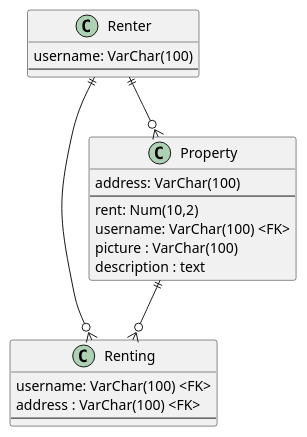
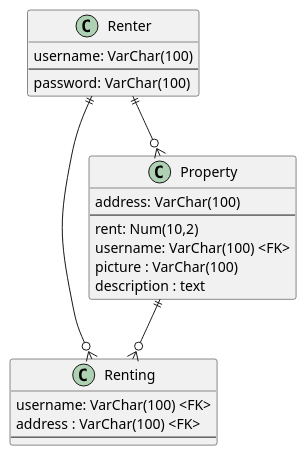
Before and after one commit to TheFifthNinja/PropertySleeze: the diagram in sql/ERD.puml, drawn with PlantUML. The commit also changed 8 other files, not shown here.

```diff
--- a/sql/ERD.puml
+++ b/sql/ERD.puml
@@ -1,27 +1,28 @@
 @startuml
 
 class Renting{
     username: VarChar(100) <FK>
     address : VarChar(100) <FK>
     --
 }
 
 class Property{
  address: VarChar(100)
  --
  rent: Num(10,2)
  username: VarChar(100) <FK>
  picture : VarChar(100)
  description : text
 }
 
 class Renter{
  username: VarChar(100)
 --
+ password: VarChar(100)
 }
 Renter ||--o{ Renting
 Renter ||--o{ Property
 Property ||--o{ Renting
 
 
 @enduml
```
